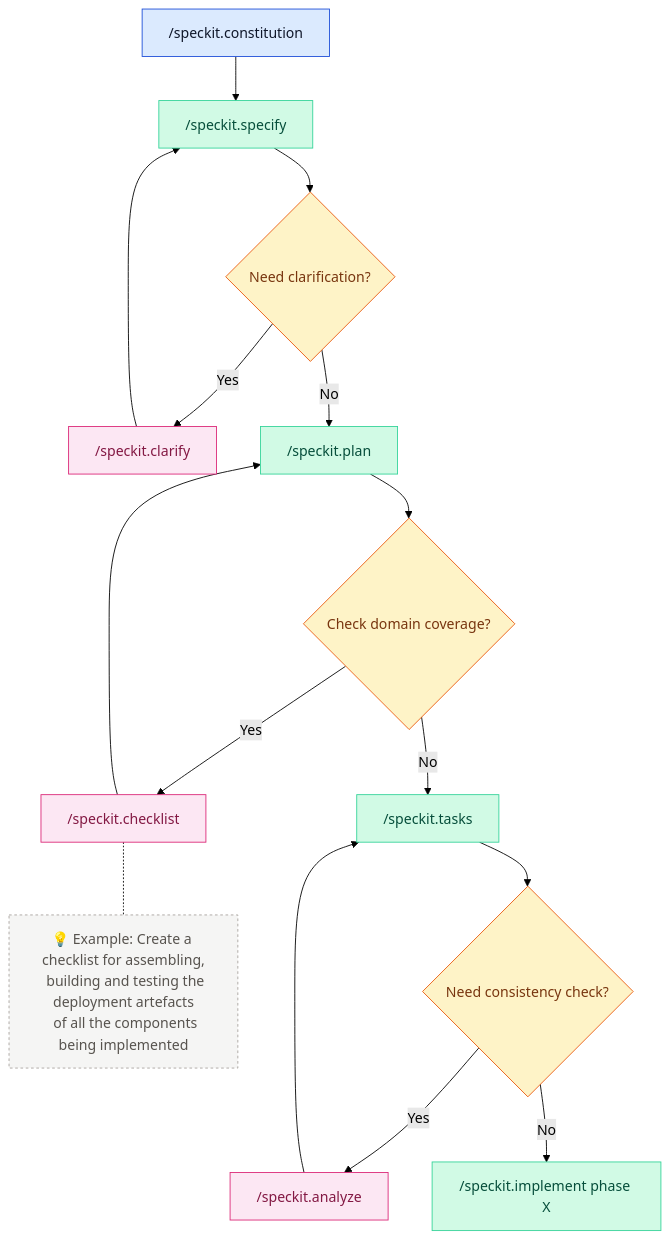
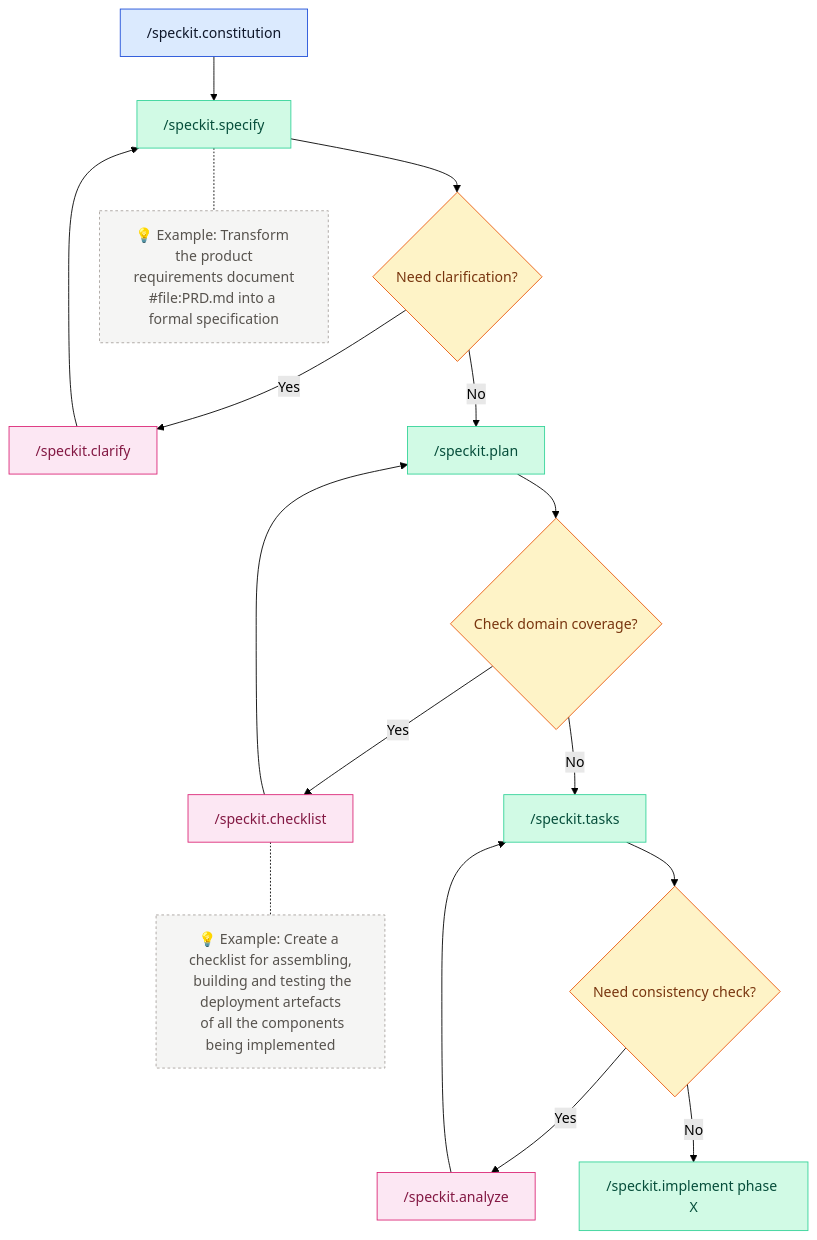
Before and after one commit to stefaniuk/promptfiles: the diagram in README.md, drawn with Mermaid (forest theme). The commit also changed 3 other files, not shown here.

````diff
--- a/README.md
+++ b/README.md
@@ -89,34 +89,36 @@
 ```mermaid
 flowchart TD
   constitution["/speckit.constitution"] --> specify["/speckit.specify"]
 
   specify --> needClarification{Need clarification?}
+  specify -.- specifyNote["💡 Example: Transform the product
+  requirements document  #file:PRD.md into a formal specification"]
   needClarification -- Yes --> clarify["/speckit.clarify"]
   clarify --> specify
   needClarification -- No --> plan["/speckit.plan"]
 
   plan --> domainCoverage{Check domain coverage?}
   domainCoverage -- Yes --> checklist["/speckit.checklist"]
   checklist --> plan
   checklist -.- checklistNote["💡 Example: Create a checklist for assembling,
   building and testing the deployment artefacts
   of all the components being implemented"]
   domainCoverage -- No --> tasks["/speckit.tasks"]
 
   tasks --> consistency{Need consistency check?}
   consistency -- Yes --> analyze["/speckit.analyze"]
   analyze --> tasks
   consistency -- No --> implement["/speckit.implement phase X"]
 
   classDef source fill:#dbeafe,stroke:#1d4ed8,color:#0f172a,stroke-width:1px;
   classDef action fill:#d1fae5,stroke:#34d399,color:#064e3b,stroke-width:1px;
   classDef question fill:#fef3c7,stroke:#ea580c,color:#78350f,stroke-width:1px;
   classDef review fill:#fce7f3,stroke:#db2777,color:#831843,stroke-width:1px;
   classDef note fill:#f5f5f4,stroke:#a8a29e,color:#57534e,stroke-width:1px,stroke-dasharray:3;
 
   class constitution source;
   class specify,plan,tasks,implement action;
   class needClarification,domainCoverage,consistency question;
   class clarify,checklist,analyze review;
-  class checklistNote note;
+  class specifyNote,checklistNote note;
 ```
````
